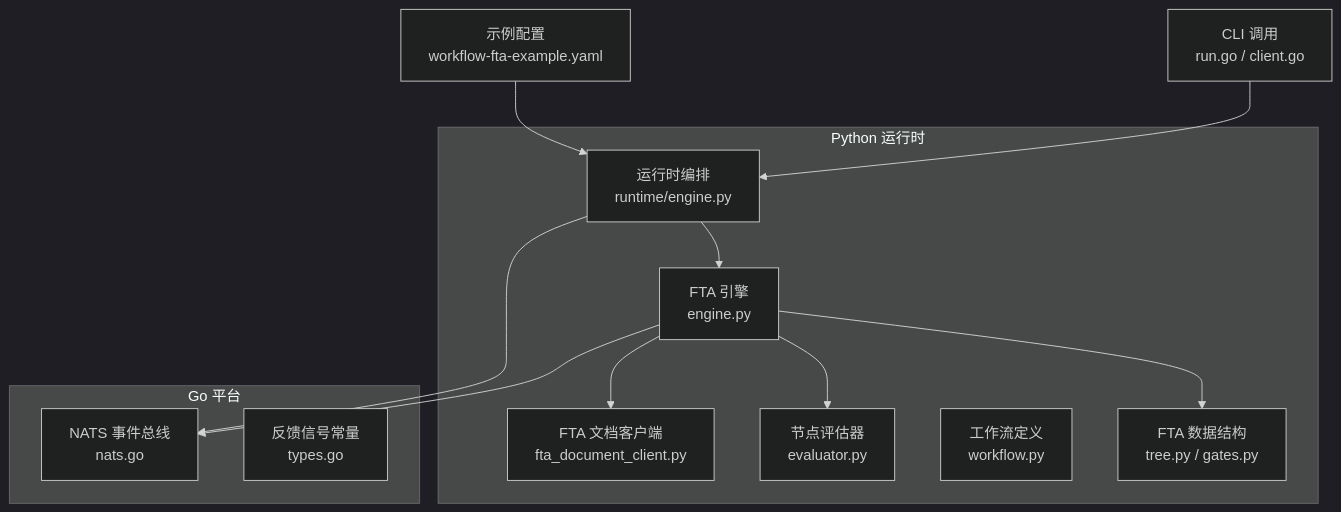
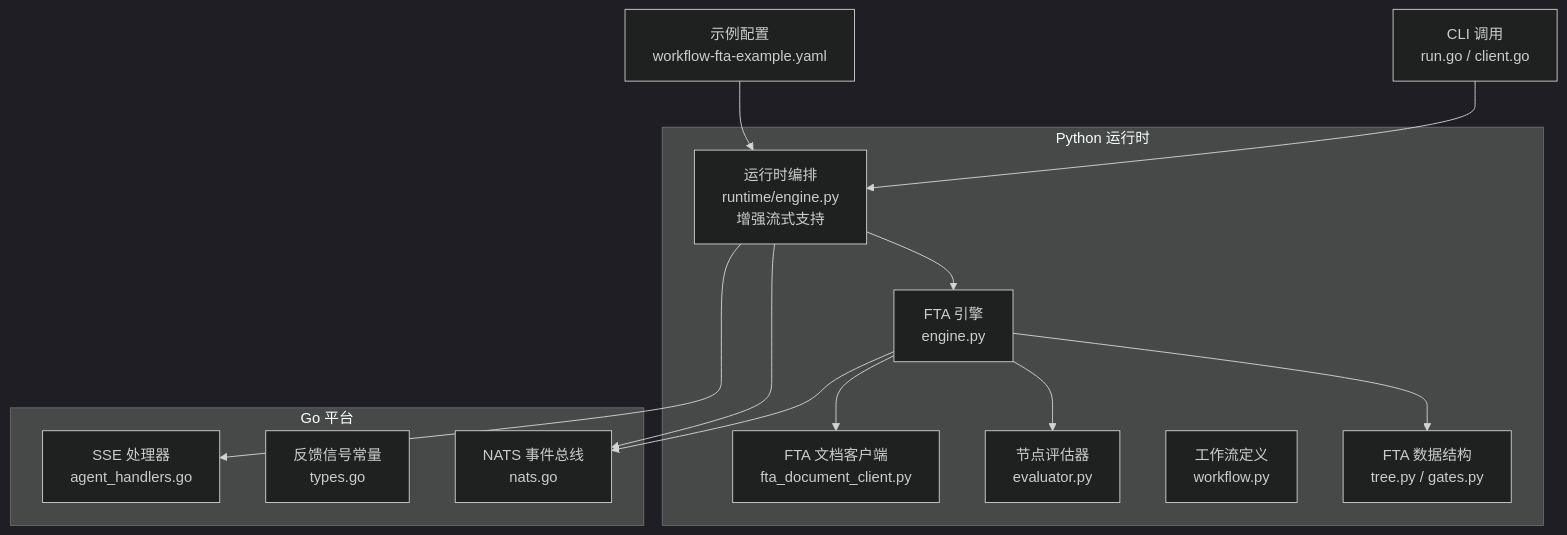
One commit to ai-guru-global/resolve-agent changed the first of 8 diagrams in .qoder/repowiki/zh/content/核心功能模块/FTA 工作流引擎/工作流执行管理.md. Above: the diagram before and after it, drawn with Mermaid (dark theme). The commit also changed other lines of this file and 34 other files, not shown here.

````diff
--- a/.qoder/repowiki/zh/content/核心功能模块/FTA 工作流引擎/工作流执行管理.md
+++ b/.qoder/repowiki/zh/content/核心功能模块/FTA 工作流引擎/工作流执行管理.md
@@ -49,25 +60,27 @@
 ```mermaid
 graph TB
 subgraph "Python 运行时"
 A["FTA 引擎<br/>engine.py"]
 B["FTA 数据结构<br/>tree.py / gates.py"]
 C["节点评估器<br/>evaluator.py"]
 D["工作流定义<br/>workflow.py"]
-E["运行时编排<br/>runtime/engine.py"]
+E["运行时编排<br/>runtime/engine.py<br/>增强流式支持"]
 F["FTA 文档客户端<br/>fta_document_client.py"]
 end
 subgraph "Go 平台"
 G["NATS 事件总线<br/>nats.go"]
 H["反馈信号常量<br/>types.go"]
+I["SSE 处理器<br/>agent_handlers.go"]
 end
-I["CLI 调用<br/>run.go / client.go"]
-J["示例配置<br/>workflow-fta-example.yaml"]
-I --> E
+J["CLI 调用<br/>run.go / client.go"]
+K["示例配置<br/>workflow-fta-example.yaml"]
+J --> E
 E --> A
 A --> B
 A --> C
 A --> F
 E --> G
 A --> G
-J --> E
+E --> I
+K --> E
 ```
````
